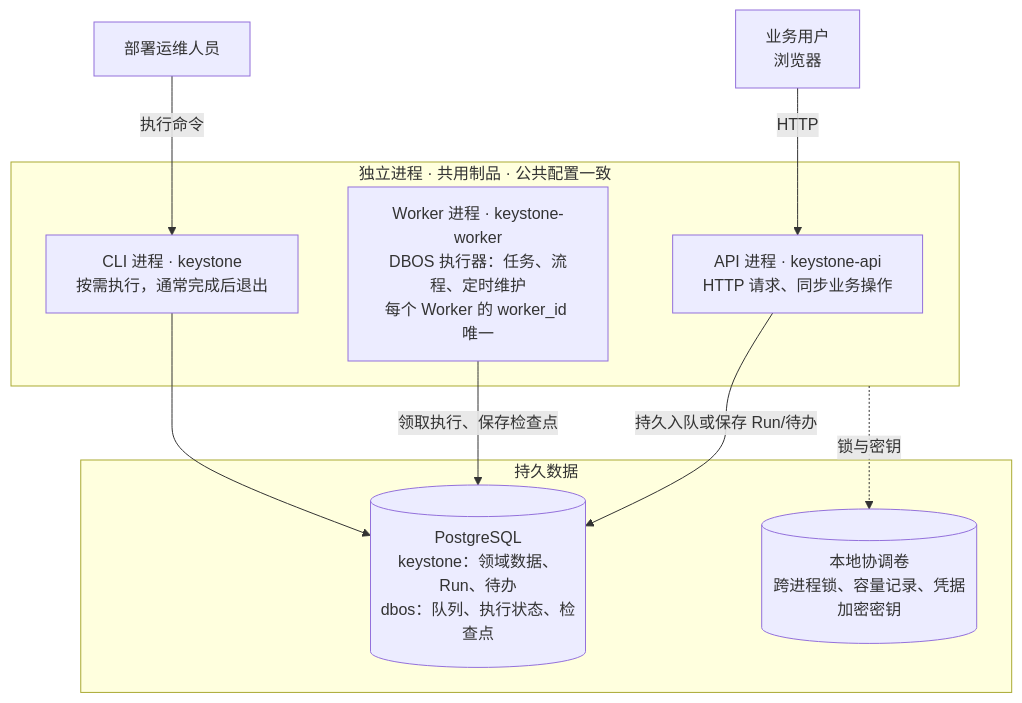
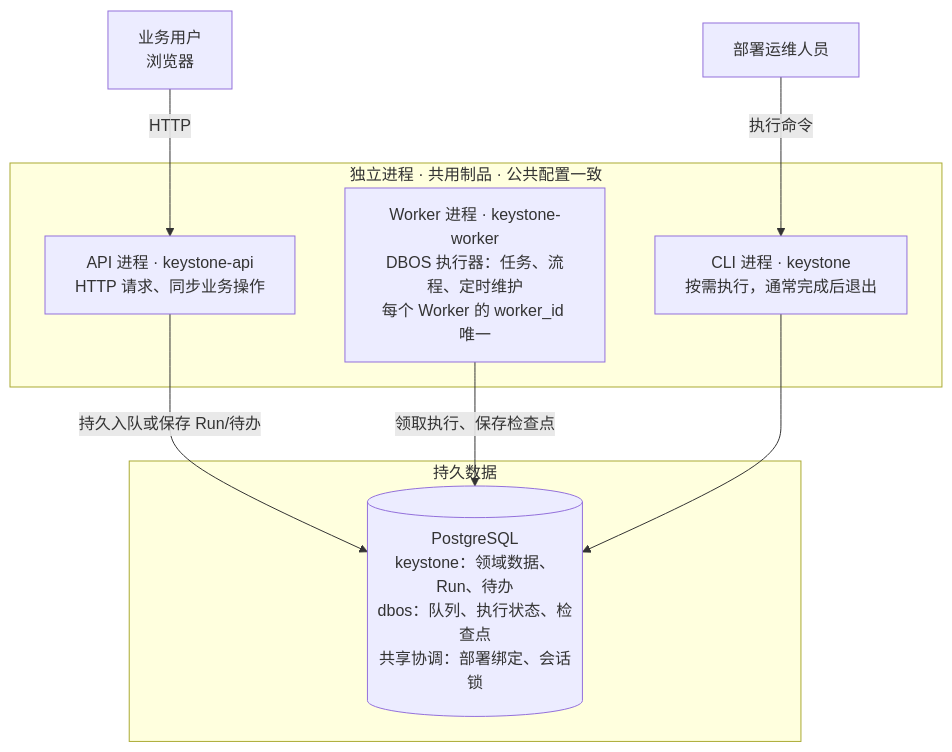
The third of 4 diagrams in docs/architecture.md (pfjhyyj/keystone), drawn with Mermaid before and after one commit. The commit also changed other lines of this file and 61 other files, not shown here.

Commit message:
feat: coordinate Keystone deployments through PostgreSQL

````diff
--- a/docs/architecture.md
+++ b/docs/architecture.md
@@ -61,23 +61,21 @@
 ```mermaid
 flowchart TB
   user["业务用户<br/>浏览器"]
   ops["部署运维人员"]
 
   subgraph procs["独立进程 · 共用制品 · 公共配置一致"]
     api["API 进程 · keystone-api<br/>HTTP 请求、同步业务操作"]
     worker["Worker 进程 · keystone-worker<br/>DBOS 执行器：任务、流程、定时维护<br/>每个 Worker 的 worker_id 唯一"]
     cli["CLI 进程 · keystone<br/>按需执行，通常完成后退出"]
   end
 
   subgraph data["持久数据"]
-    pg[("PostgreSQL<br/>keystone：领域数据、Run、待办<br/>dbos：队列、执行状态、检查点")]
-    vol[("本地协调卷<br/>跨进程锁、容量记录、凭据加密密钥")]
+    pg[("PostgreSQL<br/>keystone：领域数据、Run、待办<br/>dbos：队列、执行状态、检查点<br/>共享协调：部署绑定、会话锁")]
   end
 
   user -- HTTP --> api
   ops -- 执行命令 --> cli
   api -- 持久入队或保存 Run/待办 --> pg
   worker -- 领取执行、保存检查点 --> pg
   cli --> pg
-  procs -. 锁与密钥 .-> vol
 ```
````
